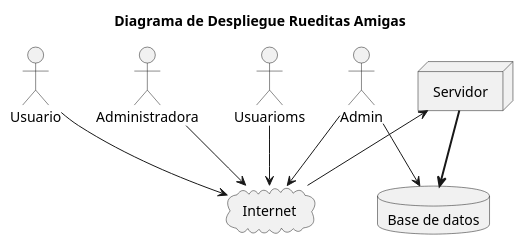
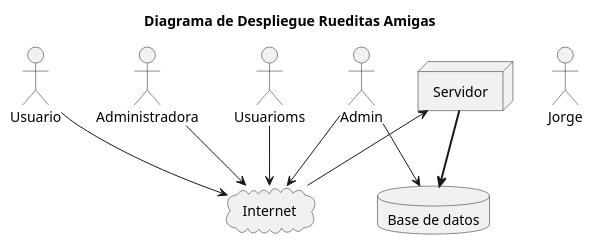
The diagram in diagrams/DiagramaDeDespliegue.puml (lrizzitano/RueditasAmigasDespliegue), drawn with PlantUML before and after one commit.

Commit message:
Pruebo actor no relacionado al dominio

```diff
--- a/diagrams/DiagramaDeDespliegue.puml
+++ b/diagrams/DiagramaDeDespliegue.puml
@@ -1,30 +1,31 @@
 @startuml DiagramaDeDespliegue
 'https://plantuml.com/deployment-diagram
 
 title Diagrama de Despliegue Rueditas Amigas
 
 
 actor "Admin"
 actor "Usuario"
 actor "Administradora"
 actor "Usuarioms"
+actor "Jorge"
 
 
 cloud "Internet"
 
 node "Servidor"
 
 database "Base de datos"
 
 "Usuario" --> "Internet"
 "Admin" --> "Internet"
 "Usuarioms" --> "Internet"
 "Administradora" --> "Internet"
 
 "Admin" --> "Base de datos"
 
 
 "Internet" -l-> "Servidor"
 
 "Servidor" -[bold]-> "Base de datos"
 @enduml
```
